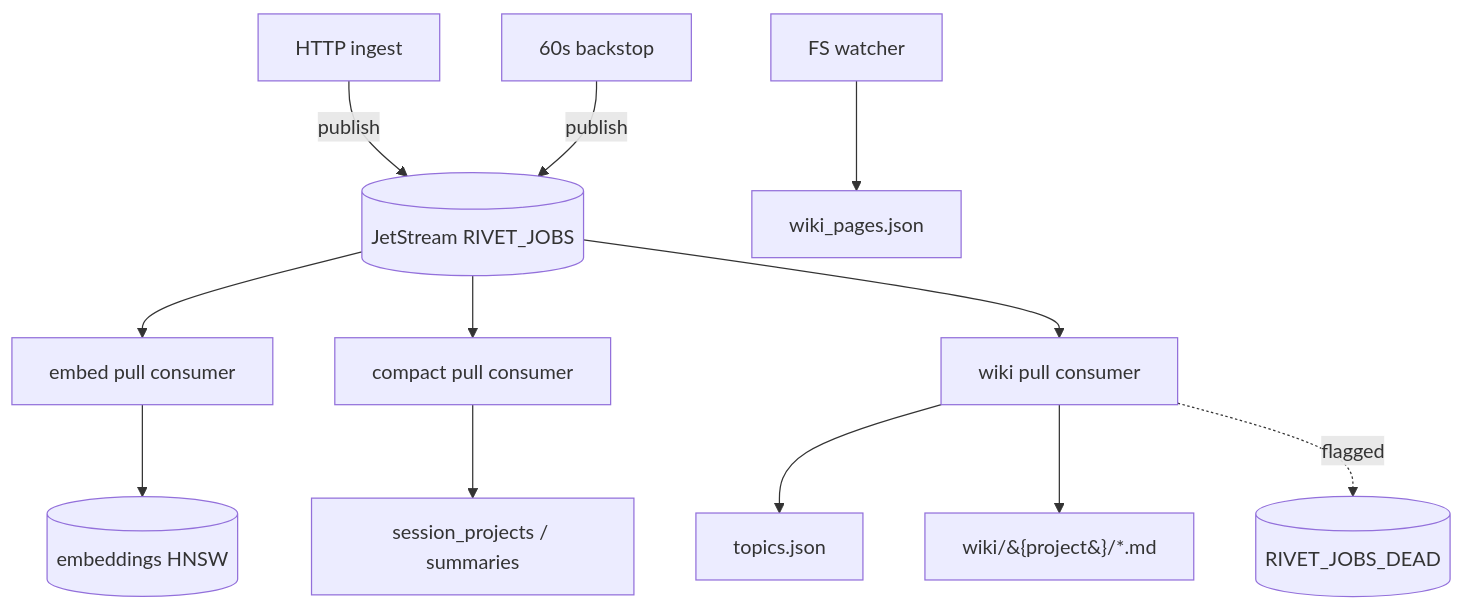
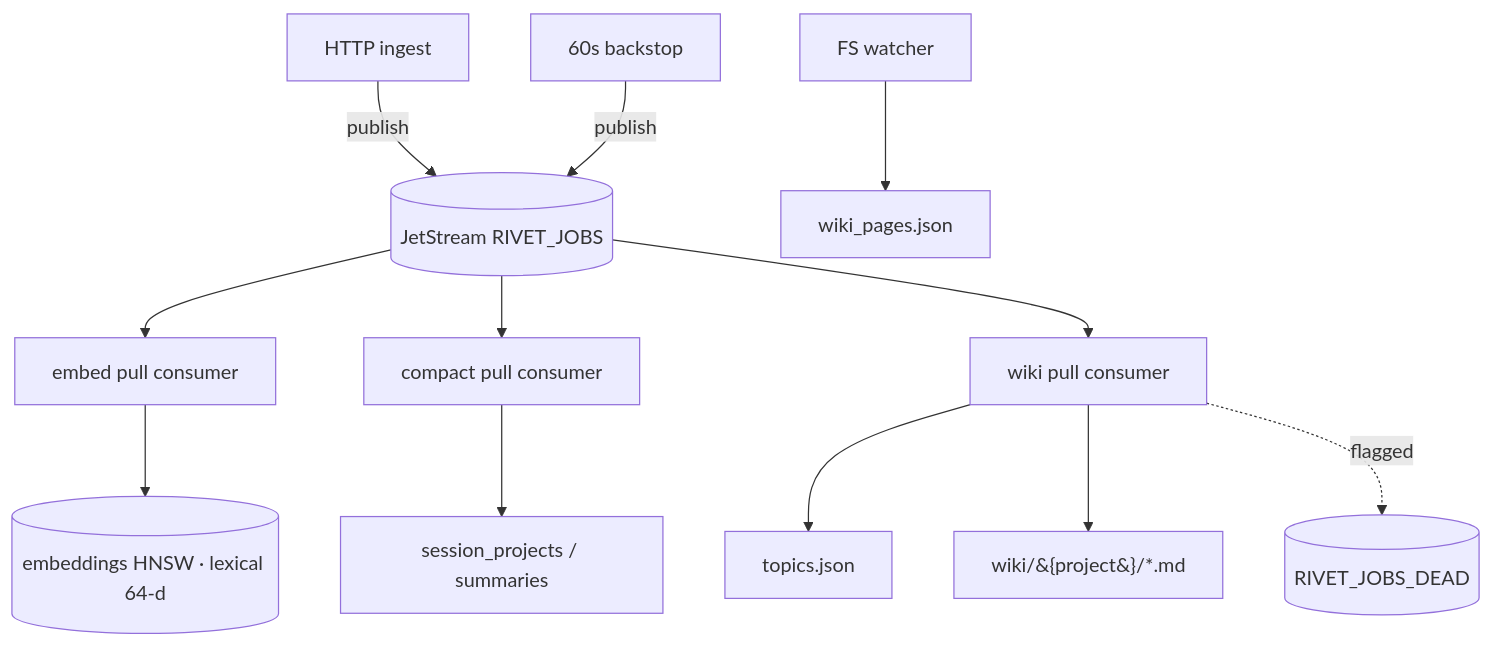
Before and after one commit to Rivethub/ExperimentOne: the tenth of 13 diagrams in docs/architecture.md, drawn with Mermaid. The commit also changed other lines of this file and 28 other files, not shown here.

````diff
--- a/docs/architecture.md
+++ b/docs/architecture.md
@@ -252,14 +371,14 @@
 ```mermaid
 flowchart TB
   Ingest[HTTP ingest] -->|publish| NATS[(JetStream RIVET_JOBS)]
   Backstop[60s backstop] -->|publish| NATS
   NATS --> EmbedLoop[embed pull consumer]
   NATS --> CompactLoop[compact pull consumer]
   NATS --> WikiLoop[wiki pull consumer]
-  EmbedLoop --> Emb[(embeddings HNSW)]
+  EmbedLoop --> Emb[(embeddings HNSW · lexical 64-d)]
   CompactLoop --> MetaS[session_projects / summaries]
   WikiLoop --> MetaT[topics.json]
   WikiLoop --> WikiFS[wiki/&#123;project&#125;/*.md]
   WikiLoop -.->|flagged| Dead[(RIVET_JOBS_DEAD)]
   FS[FS watcher] --> MetaW[wiki_pages.json]
 ```
````
